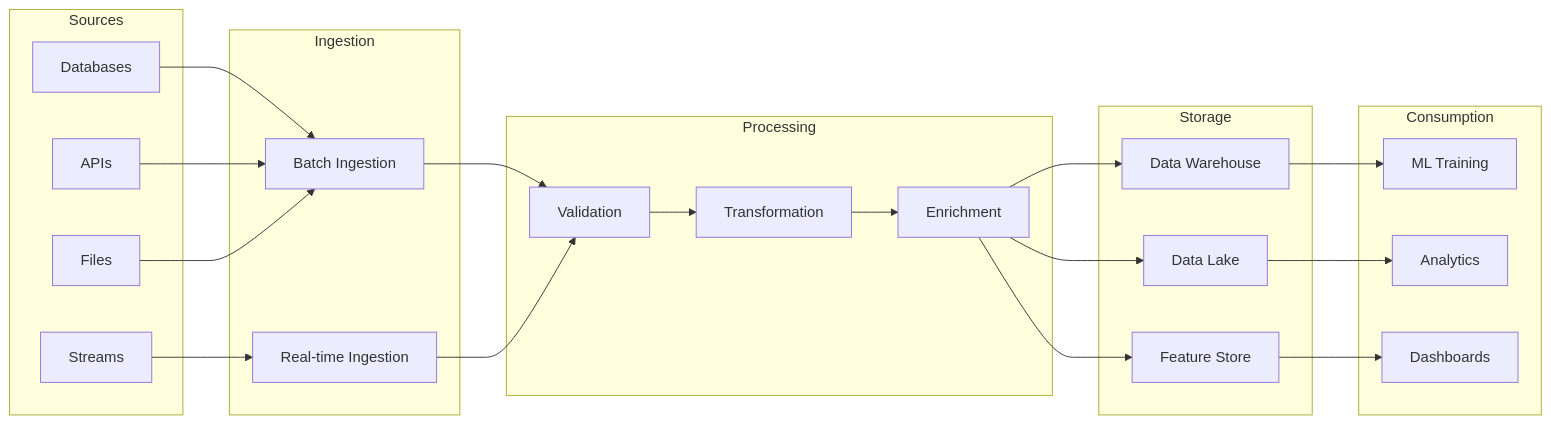
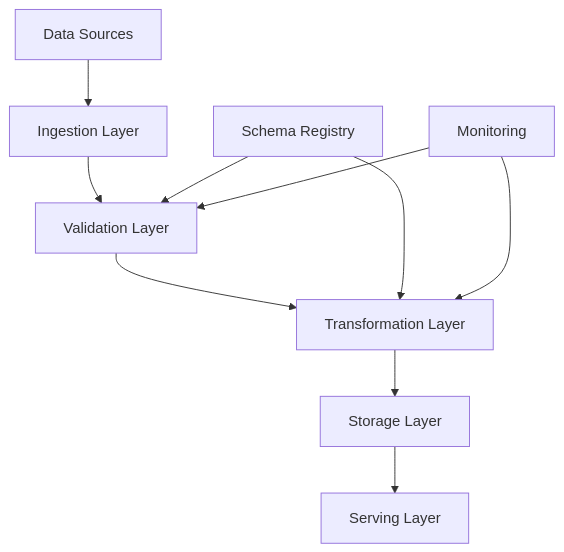
The first of 3 diagrams in src/ml/system-design/data-pipeline.md (vanos001/placement_prep), drawn with Mermaid before and after one commit. The commit also changed other lines of this file and 13 other files, not shown here.

````diff
--- a/src/ml/system-design/data-pipeline.md
+++ b/src/ml/system-design/data-pipeline.md
@@ -9,50 +9,12 @@
 ```mermaid
-graph LR
-    subgraph "Sources"
-        DB[Databases]
-        API[APIs]
-        FS[Files]
-        S[Streams]
-    end
-    
-    subgraph "Ingestion"
-        B[Batch Ingestion]
-        R[Real-time Ingestion]
-    end
-    
-    subgraph "Processing"
-        V[Validation]
-        T[Transformation]
-        E[Enrichment]
-    end
-    
-    subgraph "Storage"
-        DW[Data Warehouse]
-        DL[Data Lake]
-        FS2[Feature Store]
-    end
-    
-    subgraph "Consumption"
-        ML[ML Training]
-        AN[Analytics]
-        D[Dashboards]
-    end
-    
-    DB --> B
-    API --> B
-    FS --> B
-    S --> R
-    
-    B --> V
-    R --> V
-    V --> T
-    T --> E
-    
-    E --> DW
-    E --> DL
-    E --> FS2
-    
-    DW --> ML
-    DL --> AN
-    FS2 --> D
+graph TD
+    A[Data Sources] --> B[Ingestion Layer]
+    B --> C[Validation Layer]
+    C --> D[Transformation Layer]
+    D --> E[Storage Layer]
+    E --> F[Serving Layer]
+    G[Schema Registry] --> C
+    G --> D
+    H[Monitoring] --> C
+    H --> D
 ```
````
